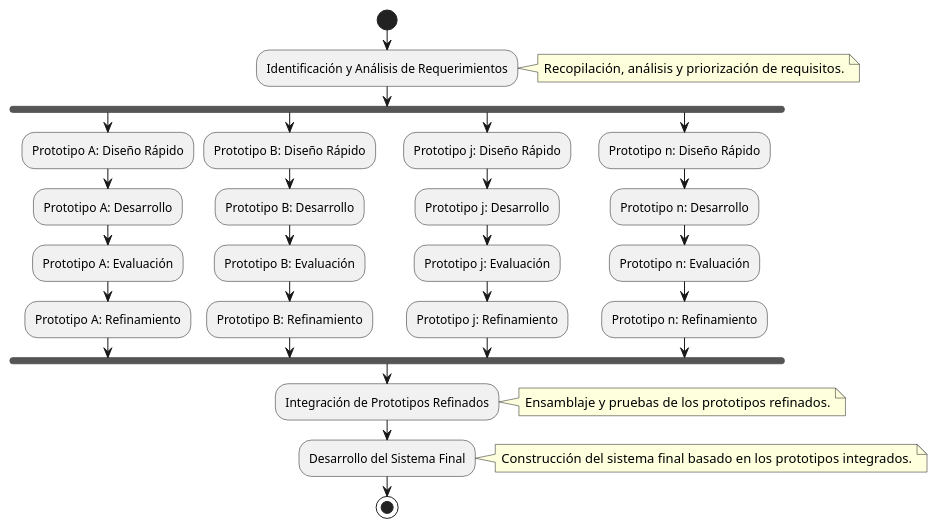
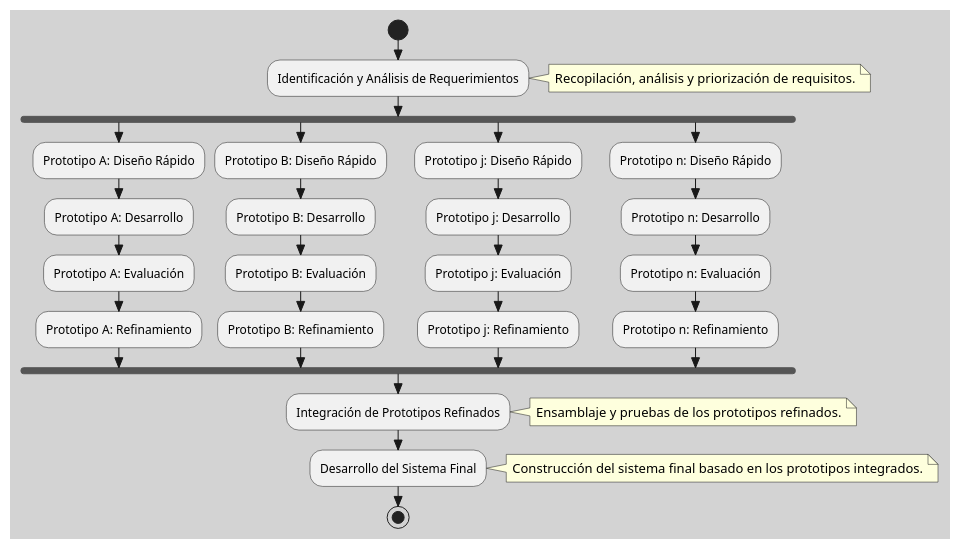
The diagram in src/site/notes/050 Base de Conocimientos/200  Mi Zettelkasten/100 Docencia/IS1/2025/Clase 04 Modelos de Proceso de Software/Zk Modelo de Evolutivo (Prototipo).md (egrpy/egr-zettel-lectures), drawn with PlantUML before and after one commit. The commit also changed 35 other files, not shown here.

````diff
--- a/src/site/notes/050 Base de Conocimientos/200  Mi Zettelkasten/100 Docencia/IS1/2025/Clase 04 Modelos de Proceso de Software/Zk Modelo de Evolutivo (Prototipo).md
+++ b/src/site/notes/050 Base de Conocimientos/200  Mi Zettelkasten/100 Docencia/IS1/2025/Clase 04 Modelos de Proceso de Software/Zk Modelo de Evolutivo (Prototipo).md
@@ -15,38 +15,44 @@
 ```plantuml
 @startuml
+!pragma layout smetana
+skinparam style strictuml
+skinparam BackgroundColor LightGray
+'left to right direction
+skinparam linetype ortho
+
 start
 
 :Identificación y Análisis de Requerimientos;
 note right: Recopilación, análisis y priorización de requisitos.
 
 fork
   :Prototipo A: Diseño Rápido;
   :Prototipo A: Desarrollo;
   :Prototipo A: Evaluación;
   :Prototipo A: Refinamiento;
 fork again
   :Prototipo B: Diseño Rápido;
   :Prototipo B: Desarrollo;
   :Prototipo B: Evaluación;
   :Prototipo B: Refinamiento;
 fork again
   :Prototipo j: Diseño Rápido;
   :Prototipo j: Desarrollo;
   :Prototipo j: Evaluación;
   :Prototipo j: Refinamiento;
 fork again
   :Prototipo n: Diseño Rápido;
   :Prototipo n: Desarrollo;
   :Prototipo n: Evaluación;
   :Prototipo n: Refinamiento;
 end fork
 
 :Integración de Prototipos Refinados;
 note right: Ensamblaje y pruebas de los prototipos refinados.
 
 :Desarrollo del Sistema Final;
 note right: Construcción del sistema final basado en los prototipos integrados.
 
 stop
 @enduml
 ```
````
